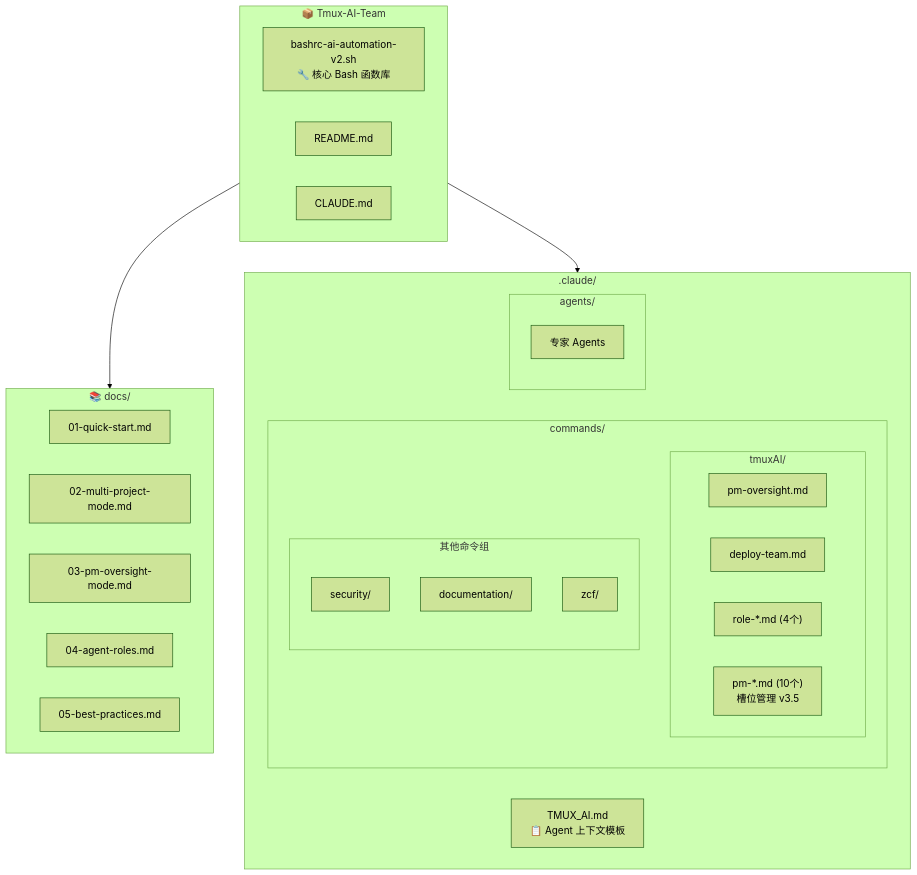
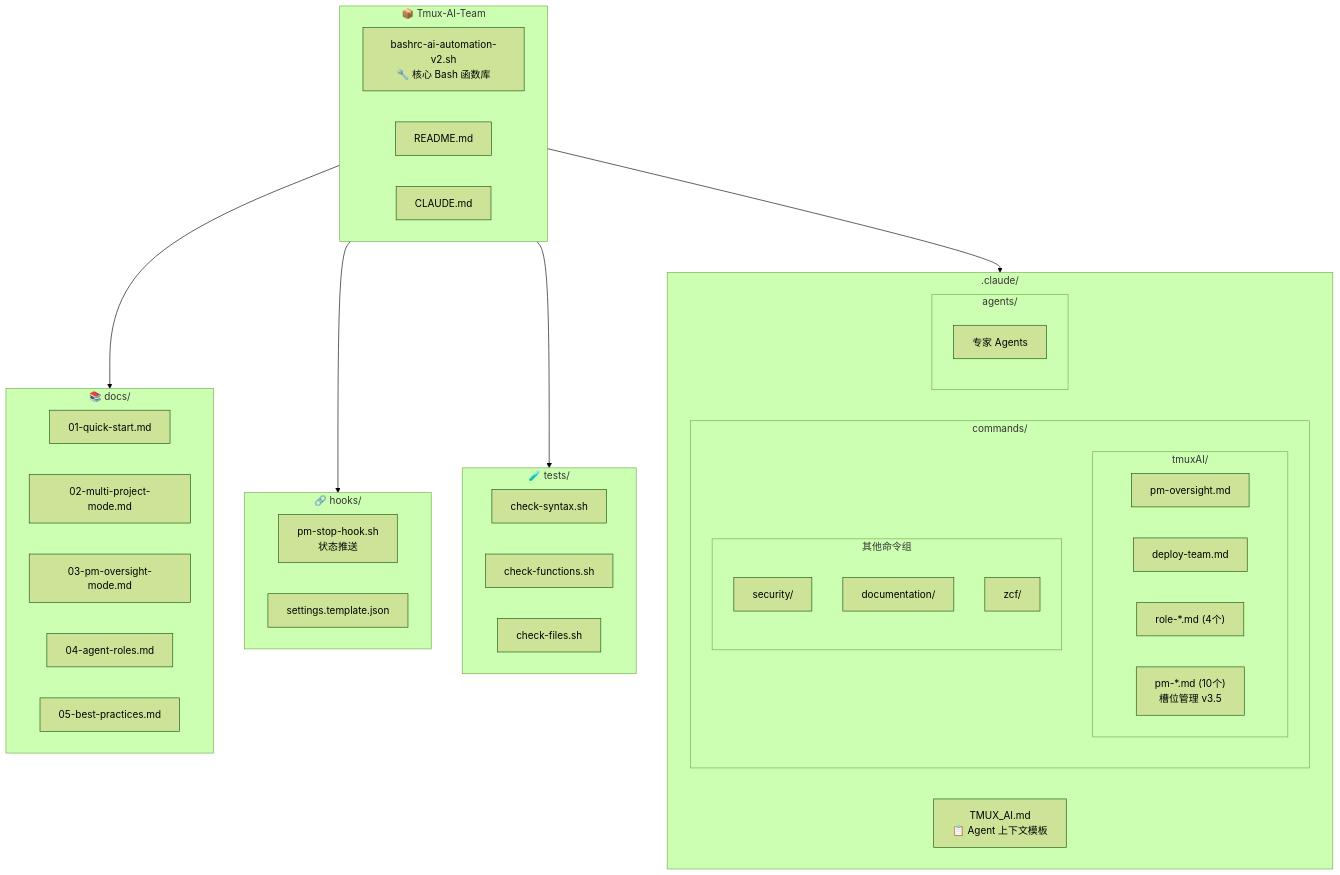
Before and after one commit to coolwoo/Tmux-AI-Team: the first of 5 diagrams in CLAUDE.md, drawn with Mermaid (forest theme). The commit also changed other lines of this file and 5 other files, not shown here.

````diff
--- a/CLAUDE.md
+++ b/CLAUDE.md
@@ -20,41 +20,54 @@
 ```mermaid
 graph TB
     subgraph Root["📦 Tmux-AI-Team"]
         CORE["bashrc-ai-automation-v2.sh<br/>🔧 核心 Bash 函数库"]
         README["README.md"]
         CLAUDE["CLAUDE.md"]
     end
 
     subgraph Docs["📚 docs/"]
         D01["01-quick-start.md"]
         D02["02-multi-project-mode.md"]
         D03["03-pm-oversight-mode.md"]
         D04["04-agent-roles.md"]
         D05["05-best-practices.md"]
+    end
+
+    subgraph Hooks["🔗 hooks/"]
+        STOP_HOOK["pm-stop-hook.sh<br/>状态推送"]
+        HOOK_TEMPLATE["settings.template.json"]
+    end
+
+    subgraph Tests["🧪 tests/"]
+        T_SYNTAX["check-syntax.sh"]
+        T_FUNCS["check-functions.sh"]
+        T_FILES["check-files.sh"]
     end
 
     subgraph Claude[".claude/"]
         TMUX_AI["TMUX_AI.md<br/>📋 Agent 上下文模板"]
 
         subgraph Commands["commands/"]
             subgraph TmuxAI["tmuxAI/"]
                 PM["pm-oversight.md"]
                 DEPLOY["deploy-team.md"]
                 ROLES["role-*.md (4个)"]
                 PMSLOTS["pm-*.md (10个)<br/>槽位管理 v3.5"]
             end
             subgraph Other["其他命令组"]
                 SECURITY["security/"]
                 DOC["documentation/"]
                 ZCF["zcf/"]
             end
         end
 
         subgraph Agents["agents/"]
             AGENT1["专家 Agents"]
         end
     end
 
     Root --> Docs
+    Root --> Hooks
+    Root --> Tests
     Root --> Claude
 ```
````
